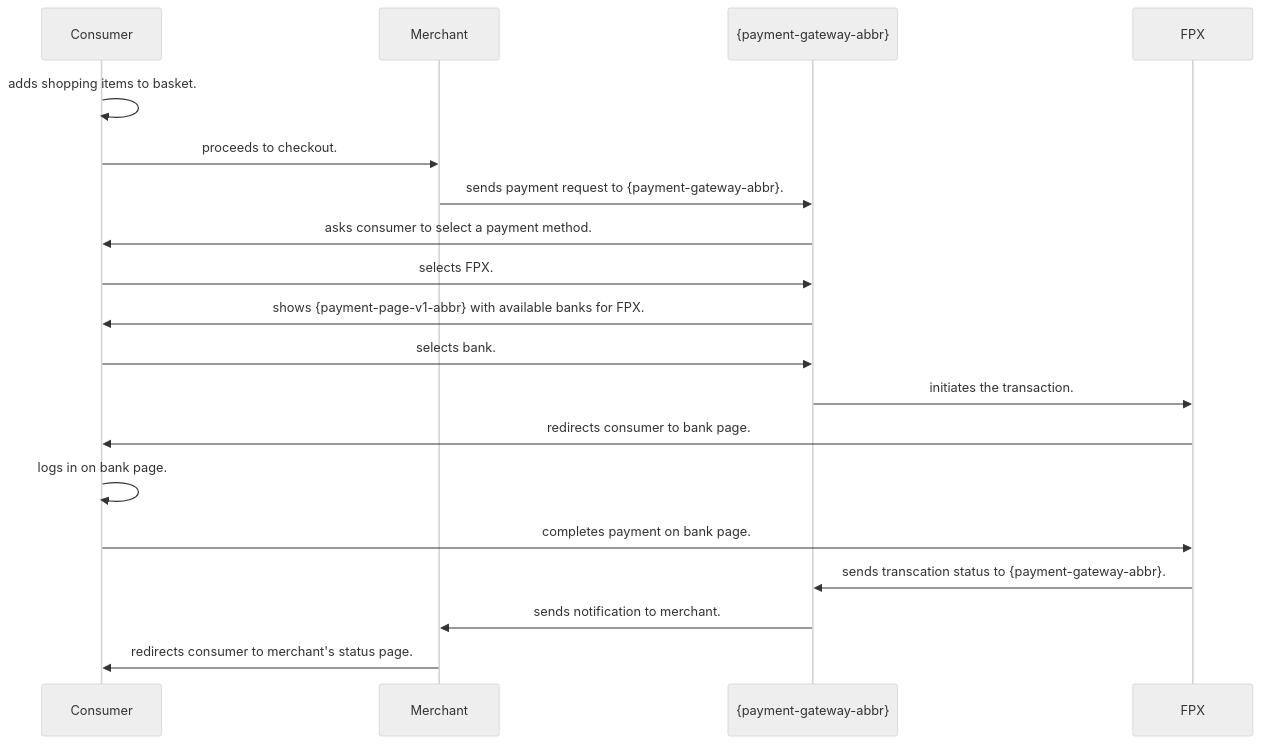
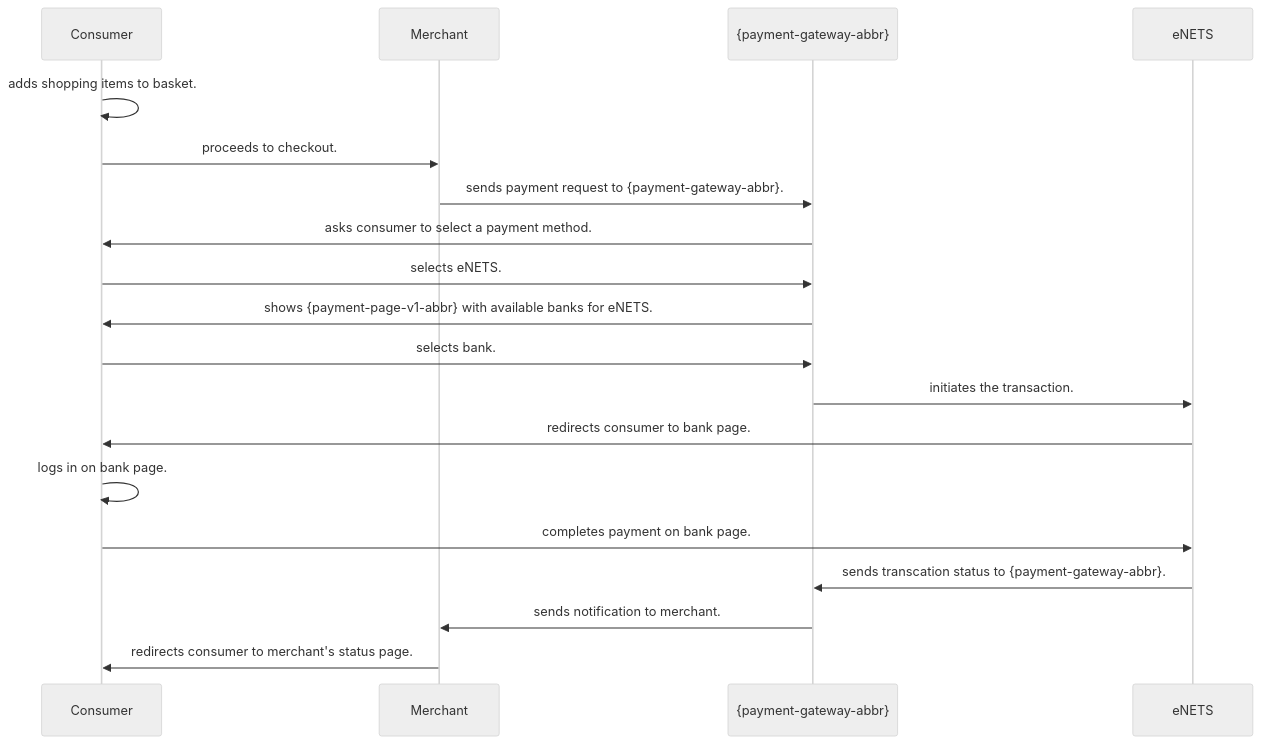
One commit to wirecard/merchant-documentation-gateway changed the diagram in 03-02-13-02-enets.adoc. Above: the diagram before and after it, drawn with Mermaid (neutral theme). The commit also changed other lines of this file, not shown here.

Commit message:
Add new PM eNETS

```diff
--- a/03-02-13-02-enets.adoc
+++ b/03-02-13-02-enets.adoc
@@ -74,22 +74,22 @@
 [mermaid, CC_Fields_intro_elements_parentchild,svg,subs=attributes+]
 ----
 sequenceDiagram
     participant Consumer
     participant Merchant
     participant {payment-gateway-abbr}
-    participant FPX
+    participant eNETS
 Consumer->>Consumer: adds shopping items to basket.
 Consumer->>Merchant: proceeds to checkout.
 Merchant->>{payment-gateway-abbr}: sends payment request to {payment-gateway-abbr}.
 {payment-gateway-abbr}->>Consumer: asks consumer to select a payment method.
-Consumer->>{payment-gateway-abbr}: selects FPX.
-{payment-gateway-abbr}->> Consumer: shows {payment-page-v1-abbr} with available banks for FPX.
+Consumer->>{payment-gateway-abbr}: selects eNETS.
+{payment-gateway-abbr}->> Consumer: shows {payment-page-v1-abbr} with available banks for eNETS.
 Consumer->>{payment-gateway-abbr}: selects bank.
-{payment-gateway-abbr}->>FPX: initiates the transaction.
-FPX->>Consumer: redirects consumer to bank page.
+{payment-gateway-abbr}->>eNETS: initiates the transaction.
+eNETS->>Consumer: redirects consumer to bank page.
 Consumer->>Consumer: logs in on bank page.
-Consumer->>FPX: completes payment on bank page.
-FPX->>{payment-gateway-abbr}: sends transcation status to {payment-gateway-abbr}.
+Consumer->>eNETS: completes payment on bank page.
+eNETS->>{payment-gateway-abbr}: sends transcation status to {payment-gateway-abbr}.
 {payment-gateway-abbr}->>Merchant: sends notification to merchant.
 Merchant->>Consumer: redirects consumer to merchant's status page.
 ----
```
